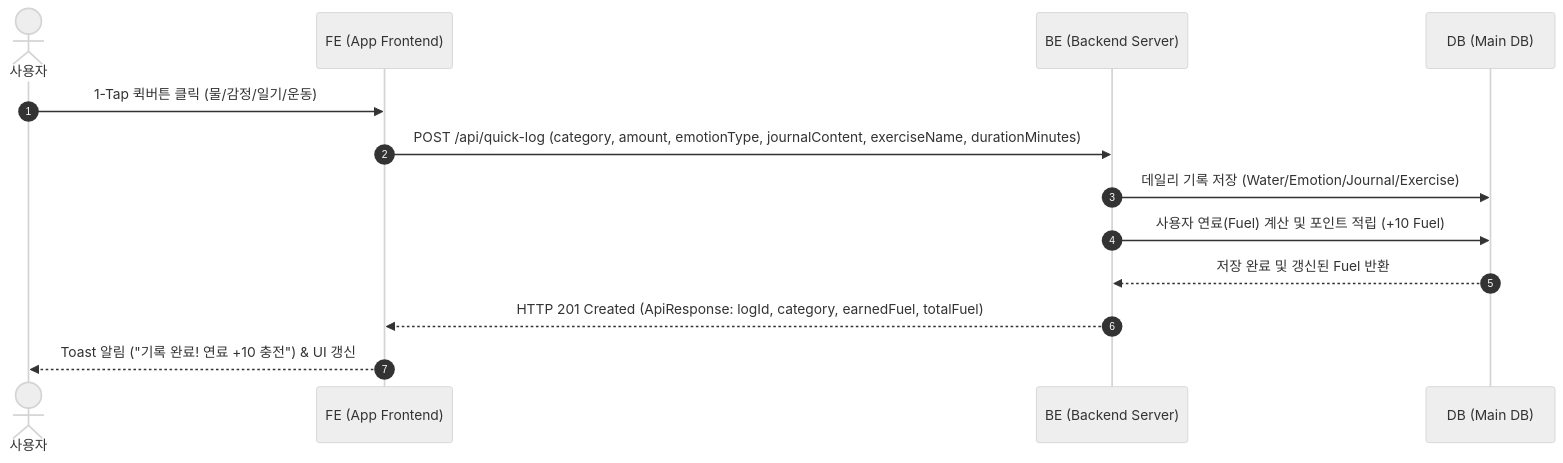
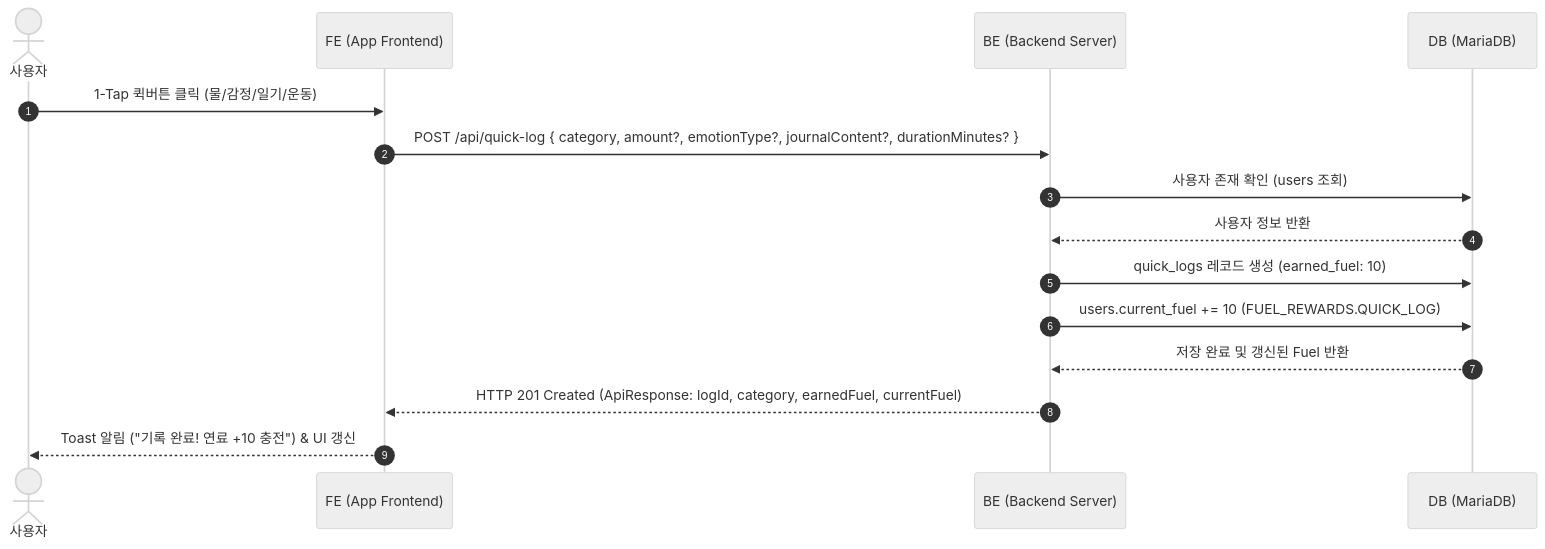
Before and after one commit to wooddang-gachon/NASA_backEnd: the first of 13 diagrams in docs/2. v3/4. Sequence Diagram.md, drawn with Mermaid (neutral theme). The commit also changed other lines of this file and 67 other files, not shown here.

````diff
--- a/docs/2. v3/4. Sequence Diagram.md
+++ b/docs/2. v3/4. Sequence Diagram.md
@@ -11,16 +13,18 @@
 ```mermaid
 sequenceDiagram
     autonumber
     actor User as 사용자
     participant FE as FE (App Frontend)
     participant BE as BE (Backend Server)
-    participant DB as DB (Main DB)
+    participant DB as DB (MariaDB)
 
     User->>FE: 1-Tap 퀵버튼 클릭 (물/감정/일기/운동)
-    FE->>BE: POST /api/quick-log (category, amount, emotionType, journalContent, exerciseName, durationMinutes)
-    BE->>DB: 데일리 기록 저장 (Water/Emotion/Journal/Exercise)
-    BE->>DB: 사용자 연료(Fuel) 계산 및 포인트 적립 (+10 Fuel)
+    FE->>BE: POST /api/quick-log { category, amount?, emotionType?, journalContent?, durationMinutes? }
+    BE->>DB: 사용자 존재 확인 (users 조회)
+    DB-->>BE: 사용자 정보 반환
+    BE->>DB: quick_logs 레코드 생성 (earned_fuel: 10)
+    BE->>DB: users.current_fuel += 10 (FUEL_REWARDS.QUICK_LOG)
     DB-->>BE: 저장 완료 및 갱신된 Fuel 반환
-    BE-->>FE: HTTP 201 Created (ApiResponse: logId, category, earnedFuel, totalFuel)
+    BE-->>FE: HTTP 201 Created (ApiResponse: logId, category, earnedFuel, currentFuel)
     FE-->>User: Toast 알림 ("기록 완료! 연료 +10 충전") & UI 갱신
 ```
````
